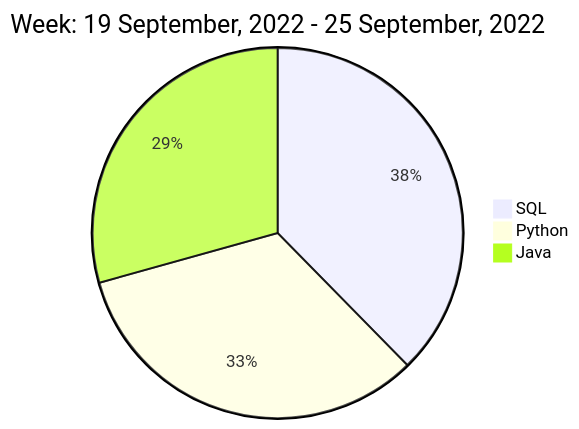
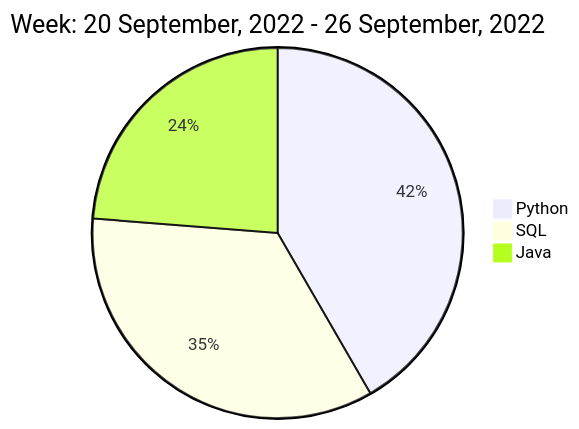
Before and after one commit to liubin95/liubin95: the diagram in README.md, drawn with Mermaid.

Commit message:
Updated the Graph with new Metrics

````diff
--- a/README.md
+++ b/README.md
@@ -40,7 +40,7 @@
 ```mermaid
  pie
-title Week: 19 September, 2022 - 25 September, 2022
- "SQL" : 2.85
- "Python" : 2.5
- "Java" : 2.22
+title Week: 20 September, 2022 - 26 September, 2022
+ "Python" : 3.07
+ "SQL" : 2.55
+ "Java" : 1.75
 ```
````
